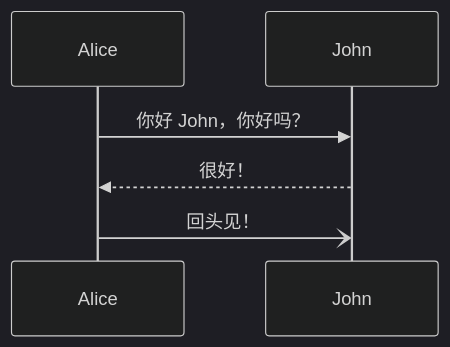
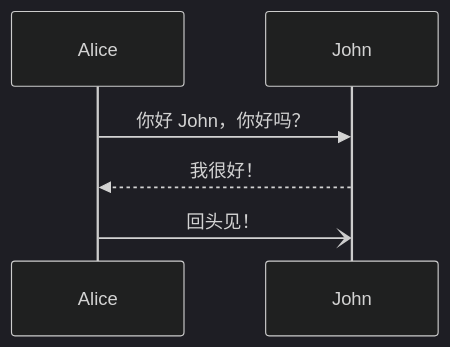
The fourth of 10 diagrams in project-docs/user-guide/MERMAID_CN.md (agogo233/GoNote), drawn with Mermaid (dark theme) before and after one commit. The commit also changed other lines of this file and 23 other files, not shown here.

````diff
--- a/project-docs/user-guide/MERMAID_CN.md
+++ b/project-docs/user-guide/MERMAID_CN.md
@@ -58,6 +149,6 @@
 ```mermaid
 sequenceDiagram
     Alice->>John: 你好 John，你好吗？
-    John-->>Alice: 很好！
+    John-->>Alice: 我很好！
     Alice-)John: 回头见！
 ```
````
